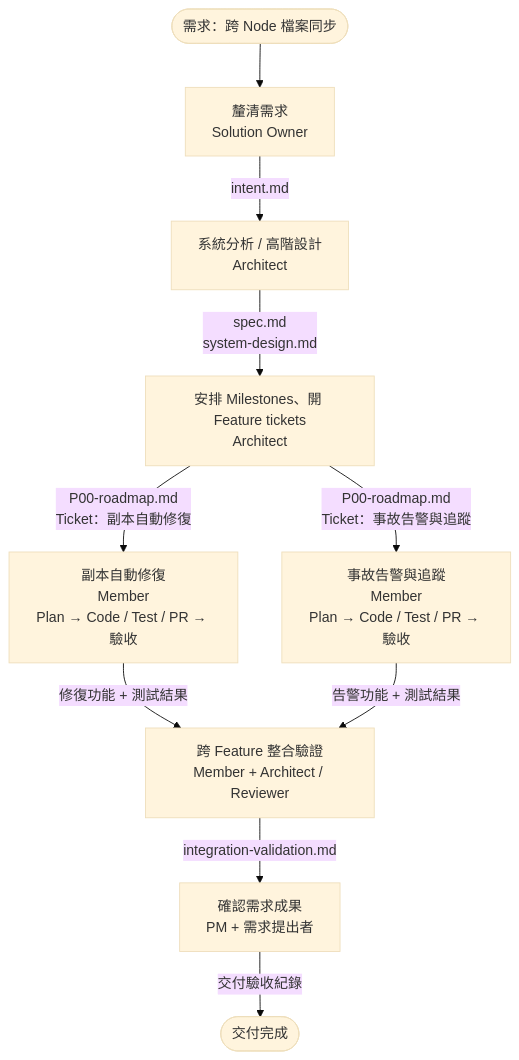
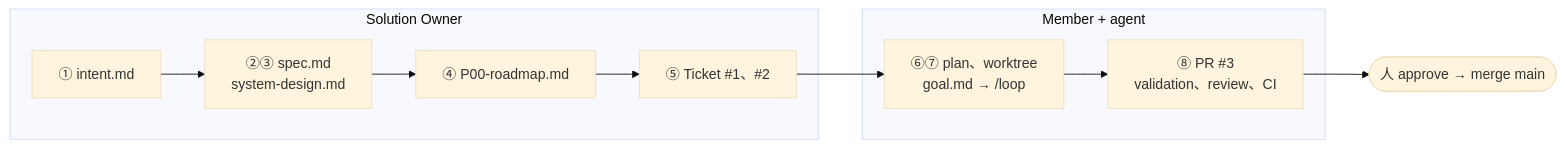
One commit to yschiang/cross-dc-xfer changed the diagram in README.md. Above: the diagram before and after it, drawn with Mermaid (base theme). The commit also changed other lines of this file, not shown here.

First line of the commit message:
docs(README): diagram-and-example main body, explanations moved to appendix

````diff
--- a/README.md
+++ b/README.md
@@ -93,12 +47,11 @@
 ```mermaid
-flowchart TD
-    R(["需求：跨 Node 檔案同步"]) --> P["釐清需求<br/>Solution Owner"]
-    P -->|"intent.md"| S["系統分析 / 高階設計<br/>Architect"]
-    S -->|"spec.md<br/>system-design.md"| M["安排 Milestones、開 Feature tickets<br/>Architect"]
-    M -->|"P00-roadmap.md<br/>Ticket：副本自動修復"| A["副本自動修復<br/>Member<br/>Plan → Code / Test / PR → 驗收"]
-    M -->|"P00-roadmap.md<br/>Ticket：事故告警與追蹤"| B["事故告警與追蹤<br/>Member<br/>Plan → Code / Test / PR → 驗收"]
-    A -->|"修復功能 + 測試結果"| C["跨 Feature 整合驗證<br/>Member + Architect / Reviewer"]
-    B -->|"告警功能 + 測試結果"| C
-    C -->|"integration-validation.md"| V["確認需求成果<br/>PM + 需求提出者"]
-    V -->|"交付驗收紀錄"| E(["交付完成"])
+flowchart LR
+    subgraph SO["Solution Owner"]
+        I["① intent.md"] --> S["②③ spec.md<br/>system-design.md"] --> R["④ P00-roadmap.md"] --> T["⑤ Ticket #1、#2"]
+    end
+    subgraph MB["Member + agent"]
+        P["⑥⑦ plan、worktree<br/>goal.md → /loop"] --> PR["⑧ PR #3<br/>validation、review、CI"]
+    end
+    T --> P
+    PR --> M(["人 approve → merge main"])
 ```
````
